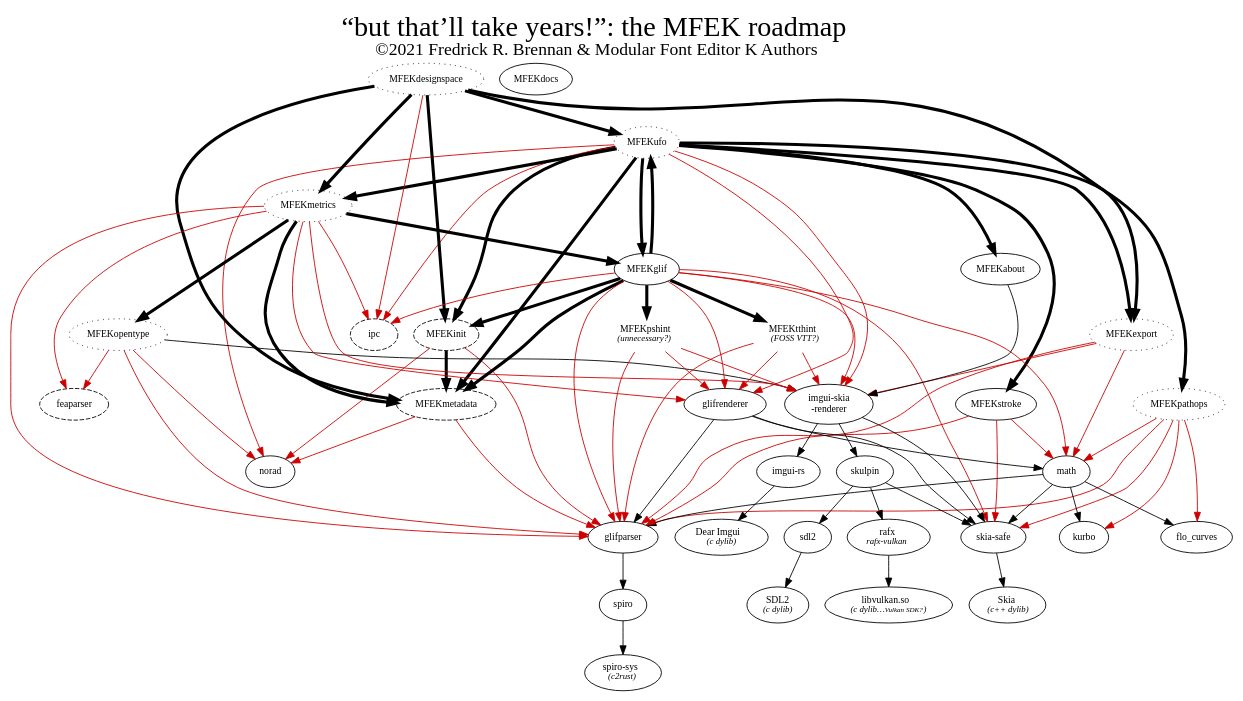
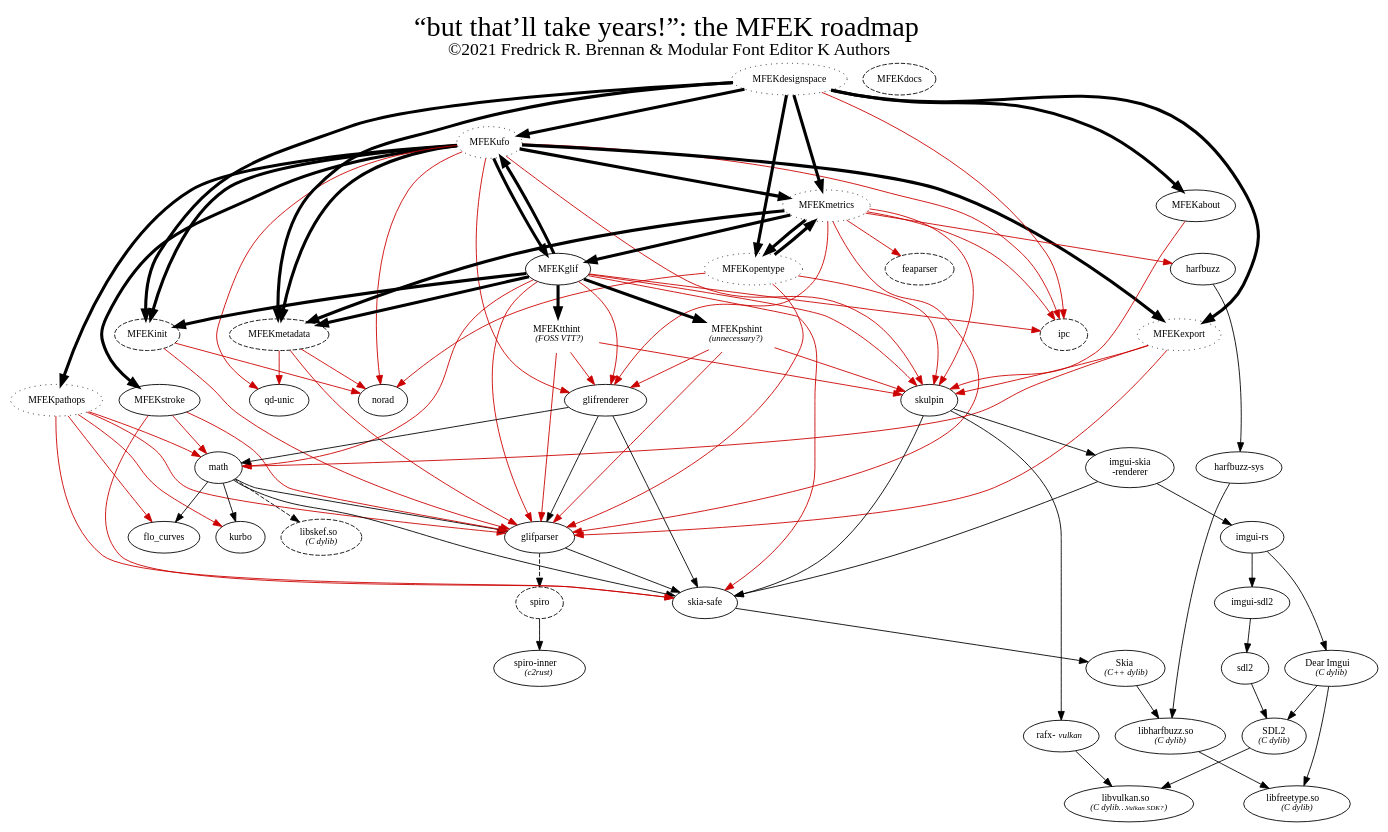
The diagram in roadmap/graph.dot (MFEK/docs), drawn with Graphviz before and after one commit. The commit also changed 2 other files, not shown here.

Commit message:
Update roadmap (realism)

```diff
--- a/roadmap/graph.dot
+++ b/roadmap/graph.dot
@@ -1,115 +1,131 @@
 digraph G {
  graph [fontname = "Nimbus-Roman", fontsize=11];
  node [fontname = "Nimbus-Roman", fontsize=11];
  edge [fontname = "Nimbus-Roman", style=solid, fontsize=11];
 MFEKinit[style=dashed];
 ipc[style=dashed];
 feaparser[style=dashed];
 MFEKmetadata[style=dashed];
 MFEKufo[style=dotted];
 MFEKdesignspace[style=dotted];
 MFEKpathops[style=dotted];
 MFEKopentype[style=dotted];
 MFEKmetrics[style=dotted];
 MFEKexport[style=dotted];
 MFEKtthint[penwidth=0];
 MFEKpshint[penwidth=0];
 
-spirosys[label=<<FONT>spiro-sys</FONT><BR/><FONT POINT-SIZE="10"><I>(c2rust)</I></FONT>>]; //rlib
-skiacpp[label=<<FONT>Skia</FONT><BR/><FONT POINT-SIZE="10"><I>(c++ dylib)</I></FONT>>];
-imgui[label=<<FONT>Dear Imgui</FONT><BR/><FONT POINT-SIZE="10"><I>(c dylib)</I></FONT>>];
-SDL2[label=<<FONT>SDL2</FONT><BR/><FONT POINT-SIZE="10"><I>(c dylib)</I></FONT>>];
-rafxvulkan[label=<rafx<BR/><FONT POINT-SIZE="10"><I>rafx-vulkan</I></FONT>>]; //rlib
-vulkan[label=<<FONT>libvulkan.so</FONT><BR/><FONT POINT-SIZE="10"><I>(c dylib…<FONT POINT-SIZE="8">Vulkan SDK?</FONT>)</I></FONT>>];
+spiroinner[label=<<FONT>spiro-inner</FONT><BR/><FONT POINT-SIZE="10"><I>(c2rust)</I></FONT>>]; //rlib
+skef[label=<<FONT>libskef.so</FONT><BR/><FONT POINT-SIZE="10"><I>(C dylib)</I></FONT>>, style=dashed];
+skiacpp[label=<<FONT>Skia</FONT><BR/><FONT POINT-SIZE="10"><I>(C++ dylib)</I></FONT>>];
+imgui[label=<<FONT>Dear Imgui</FONT><BR/><FONT POINT-SIZE="10"><I>(C dylib)</I></FONT>>];
+freetype2[label=<<FONT>libfreetype.so</FONT><BR/><FONT POINT-SIZE="10"><I>(C dylib)</I></FONT>>];
+SDL2[label=<<FONT>SDL2</FONT><BR/><FONT POINT-SIZE="10"><I>(C dylib)</I></FONT>>];
+HarfBuzz[label=<<FONT>libharfbuzz.so</FONT><BR/><FONT POINT-SIZE="10"><I>(C dylib)</I></FONT>>];
+rafxvulkan[label=<rafx-<FONT POINT-SIZE="10"><I>vulkan</I></FONT>>]; //rlib
+vulkan[label=<<FONT>libvulkan.so</FONT><BR/><FONT POINT-SIZE="10"><I>(C dylib…<FONT POINT-SIZE="8">Vulkan SDK?</FONT>)</I></FONT>>];
 MFEKtthint[label=<<FONT>MFEKtthint</FONT><BR/><FONT POINT-SIZE="10"><I>(FOSS VTT?)</I></FONT>>];
 MFEKpshint[label=<<FONT>MFEKpshint</FONT><BR/><FONT POINT-SIZE="10"><I>(unnecessary?)</I></FONT>>];
 "math" -> "skia-safe"; //rlib
 "skia-safe" -> skiacpp; //rlib
+"glifparser" -> "skia-safe";
 "math" -> "glifparser"; //rlib
 "math" -> "kurbo"; //rlib
 "math" -> "flo_curves"; //rlib
+"math" -> skef [style=dashed];
 "MFEKpathops" -> "math" [color="#cc0000"]; //rlib
 "MFEKstroke" -> "math" [color="#cc0000"]; //rlib
 "MFEKglif" -> "math" [color="#cc0000"]; //rlib
 "MFEKglif" -> "MFEKmetadata" [penwidth=3.5];
 "MFEKpathops" -> "glifparser" [color="#cc0000"]; //rlib
 "MFEKstroke" -> "glifparser" [color="#cc0000"]; //rlib
 "MFEKglif" -> "glifparser" [color="#cc0000"]; //rlib
 "MFEKinit" -> "glifparser" [color="#cc0000"]; //rlib
-"MFEKinit" -> "MFEKmetadata" [penwidth=3.5];
 "MFEKufo" -> "MFEKinit" [penwidth=3.5];
 "MFEKufo" -> "MFEKglif" [penwidth=3.5];
 "MFEKglif" -> "MFEKufo" [penwidth=3.5];
 "MFEKglif" -> "ipc" [color="#cc0000"]; //rlib
 "MFEKufo" -> "ipc" [color="#cc0000"]; //rlib
+"MFEKufo" -> "qd-unic" [color="#cc0000"]; //rlib
+"MFEKmetadata" -> "qd-unic" [color="#cc0000"]; //rlib
 "MFEKmetadata" -> "glifparser" [color="#cc0000"]; //rlib
 "MFEKpathops" -> "flo_curves" [color="#cc0000"]; //rlib
 "glifrenderer" -> "glifparser"; //rlib
 "glifrenderer" -> "math"; //rlib
 "glifrenderer" -> "skia-safe"; //rlib
 "MFEKufo" -> "norad" [color="#cc0000"]; //rlib
 "MFEKmetadata" -> "norad" [color="#cc0000"]; //rlib
 "MFEKinit" -> "norad" [color="#cc0000"]; //rlib
 "MFEKstroke" -> "skia-safe" [color="#cc0000"]; //rlib
 "MFEKglif" -> "skia-safe" [color="#cc0000"]; //rlib
 "MFEKpathops" -> "skia-safe" [color="#cc0000"]; //rlib
 "MFEKpathops" -> "kurbo" [color="#cc0000"]; //rlib
 "imgui-skia\n-renderer" -> "skia-safe"; //rlib
 "MFEKglif" -> "MFEKinit" [penwidth=3.5];
 "MFEKufo" -> "MFEKstroke" [penwidth=3.5];
 "MFEKufo" -> "MFEKmetadata" [penwidth=3.5];
 "MFEKufo" -> "MFEKpathops" [penwidth=3.5];
 "MFEKglif" -> "glifrenderer" [color="#cc0000"]; //rlib
 "MFEKufo" -> "glifrenderer" [color="#cc0000"]; //rlib
-"MFEKglif" -> "imgui-skia\n-renderer" [color="#cc0000"]; //rlib
-"MFEKufo" -> "imgui-skia\n-renderer" [color="#cc0000"]; //rlib
+"MFEKglif" -> "skulpin" [color="#cc0000"]; //rlib
+"MFEKufo" -> "skulpin" [color="#cc0000"]; //rlib
 "imgui-skia\n-renderer" -> "imgui-rs"; //rlib
-"imgui-skia\n-renderer" -> "skulpin"; //rlib
+"skulpin" -> "imgui-skia\n-renderer"; //rlib
 "skulpin" -> "skia-safe"; //rlib
-"skulpin" -> "sdl2"; //rlib
 "skulpin" -> rafxvulkan -> vulkan; //rlib
 "sdl2" -> SDL2; //rlib
 "imgui-rs" -> imgui; //rlib
-"MFEKufo" -> "MFEKabout" [penwidth=3.5];
+"imgui-rs" -> "imgui-sdl2";
+"imgui-sdl2" -> "sdl2";
+imgui -> SDL2 -> vulkan;
+imgui -> freetype2;
+//"MFEKufo" -> "MFEKabout" [penwidth=3.5];
 "MFEKabout";// -> "imgui-skia\n-renderer"; //rlib
-"glifparser" -> "spiro"; //rlib
-"spiro" -> spirosys; //rlib
-"MFEKmetrics" -> "imgui-skia\n-renderer" [color="#cc0000"]; //rlib
+"glifparser" -> "spiro" [style=dashed]; //rlib
+spiro[style=dashed];
+spiro -> spiroinner; //rlib
+"MFEKmetrics" -> "skulpin" [color="#cc0000"]; //rlib
+"MFEKmetrics" -> "harfbuzz" [color="#cc0000"]; //rlib
+"harfbuzz" -> "harfbuzz-sys" -> HarfBuzz;
 "MFEKmetrics" -> "MFEKmetadata" [penwidth=3.5];
 "MFEKmetrics" -> "MFEKopentype" [penwidth=3.5];
+"MFEKopentype" -> "MFEKmetrics" [penwidth=3.5];
 "MFEKmetrics" -> "glifrenderer" [color="#cc0000"]; //rlib
+skiacpp -> HarfBuzz;
+HarfBuzz -> freetype2; //rlib
 "MFEKmetrics" -> "glifparser" [color="#cc0000"]; //rlib
 "MFEKmetrics" -> "feaparser" [color="#cc0000"]; //rlib
 "MFEKmetrics" -> "ipc" [color="#cc0000"]; //rlib
 "MFEKdesignspace" -> "MFEKufo" [penwidth=3.5];
+"MFEKdesignspace" -> "MFEKabout" [penwidth=3.5];
 "MFEKdesignspace" -> "MFEKinit" [penwidth=3.5];
 "MFEKdesignspace" -> "MFEKmetadata" [penwidth=3.5];
 "MFEKdesignspace" -> "ipc" [color="#cc0000"]; //rlib
 "MFEKdesignspace" -> "MFEKmetrics" [penwidth=3.5];
-"MFEKdocs";
-"MFEKabout" -> "imgui-skia\n-renderer"; //rlib
-"MFEKopentype" -> "imgui-skia\n-renderer"; //rlib
-"MFEKopentype" -> "feaparser" [color="#cc0000"]; //rlib
+"MFEKdocs" [style=dashed];
+"MFEKabout" -> "skulpin" [color="#cc0000"]; //rlib
+"MFEKopentype" -> "skulpin" [color="#cc0000"]; //rlib
 "MFEKopentype" -> "norad" [color="#cc0000"]; //rlib
 "MFEKopentype" -> "glifparser" [color="#cc0000"]; //rlib
 "MFEKufo" -> "MFEKexport" [penwidth=3.5];
 "MFEKufo" -> "MFEKmetrics" [penwidth=3.5];
 "MFEKmetrics" -> "MFEKglif" [penwidth=3.5];
 "MFEKdesignspace" -> "MFEKexport" [penwidth=3.5];
+"MFEKdesignspace" -> "MFEKopentype" [penwidth=3.5];
 "MFEKexport" -> "glifparser" [color="#cc0000"]; //rlib
 "MFEKexport" -> "math" [color="#cc0000"]; //rlib
-"MFEKexport" -> "imgui-skia\n-renderer" [color="#cc0000"]; //rlib
+"MFEKexport" -> "skulpin" [color="#cc0000"]; //rlib
 
-MFEKtthint -> "imgui-skia\n-renderer" [color="#cc0000"]; //rlib
-MFEKpshint -> "imgui-skia\n-renderer" [color="#cc0000"]; //rlib
+MFEKtthint -> "skulpin" [color="#cc0000"]; //rlib
+MFEKpshint -> "skulpin" [color="#cc0000"]; //rlib
 MFEKtthint -> "glifparser" [color="#cc0000"]; //rlib
 MFEKpshint -> "glifparser" [color="#cc0000"]; //rlib
 MFEKtthint -> "glifrenderer" [color="#cc0000"]; //rlib
 MFEKpshint -> "glifrenderer" [color="#cc0000"]; //rlib
 "MFEKglif" -> MFEKtthint [penwidth=3.5];
 "MFEKglif" -> MFEKpshint [penwidth=3.5];
 
 labelloc="t"
 fontsize=32
 label=<“but that’ll take years!”: the MFEK roadmap<BR/><FONT POINT-SIZE="20">©2021 Fredrick R. Brennan &amp; Modular Font Editor K Authors</FONT>>
 }
```
